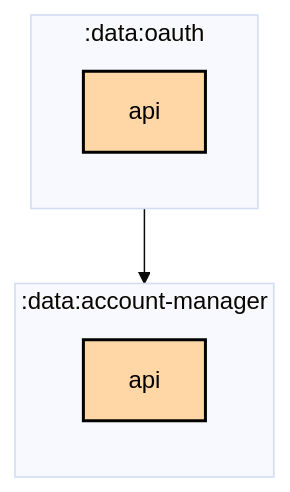
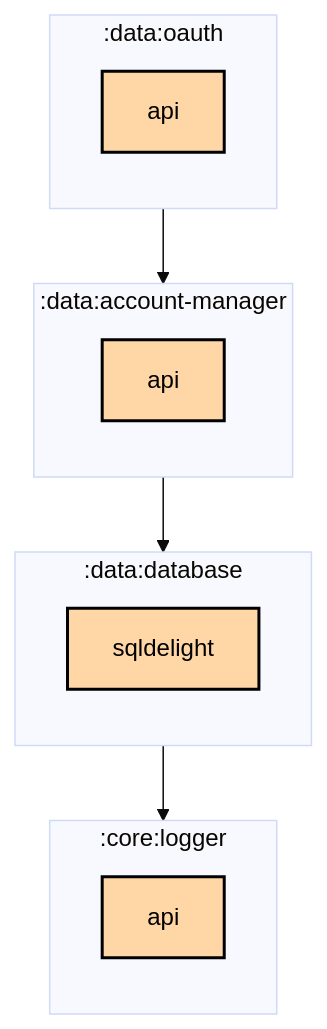
One commit to thomaskioko/tv-maniac changed the first of 2 diagrams in data/oauth/api/README.md. Above: the diagram before and after it, drawn with Mermaid (base theme). The commit also changed 105 other files, not shown here.

Commit message:
🤖 Update module graphs

````diff
--- a/data/oauth/api/README.md
+++ b/data/oauth/api/README.md
@@ -6,19 +6,29 @@
 ```mermaid
 graph TB
+  subgraph :core:logger
+    direction TB
+    :core:logger:api[api]:::multiplatform
+  end
   subgraph :data:account-manager
     direction TB
     :data:account-manager:api[api]:::multiplatform
+  end
+  subgraph :data:database
+    direction TB
+    :data:database:sqldelight[sqldelight]:::multiplatform
   end
   subgraph :data:oauth
     direction TB
     :data:oauth:api[api]:::multiplatform
   end
 
+  :data:account-manager:api --> :data:database:sqldelight
+  :data:database:sqldelight --> :core:logger:api
   :data:oauth:api --> :data:account-manager:api
 
 classDef application fill:#CAFFBF,stroke:#000,stroke-width:2px,color:#000;
 classDef multiplatform fill:#FFD6A5,stroke:#000,stroke-width:2px,color:#000;
 classDef android-library fill:#9BF6FF,stroke:#000,stroke-width:2px,color:#000;
 classDef jvm-library fill:#BDB2FF,stroke:#000,stroke-width:2px,color:#000;
 classDef unknown fill:#FFADAD,stroke:#000,stroke-width:2px,color:#000;
 ```
````
